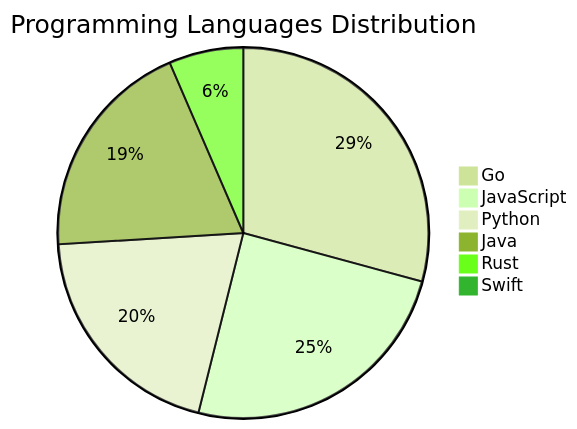
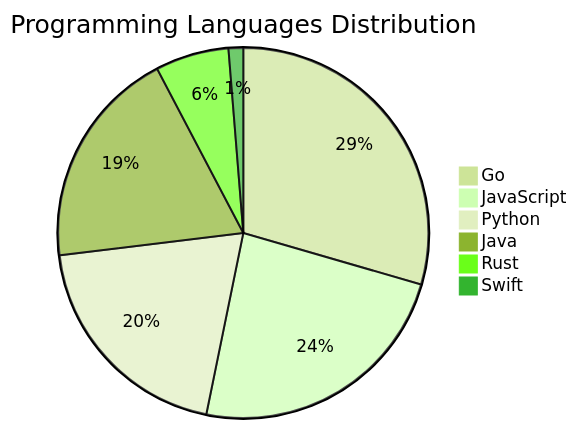
Before and after one commit to Derrick-MUGISHA/github-activity-bot: the diagram in README.md, drawn with Mermaid (forest theme). The commit also changed other lines of this file and 4 other files, not shown here.

````diff
--- a/README.md
+++ b/README.md
@@ -206,9 +206,9 @@
 ```mermaid
 pie title Programming Languages Distribution
-    "Go" : 45
-    "JavaScript" : 38
+    "Go" : 46
+    "JavaScript" : 37
     "Python" : 31
     "Java" : 30
     "Rust" : 10
-    "Swift" : 1
+    "Swift" : 2
 ```
````
